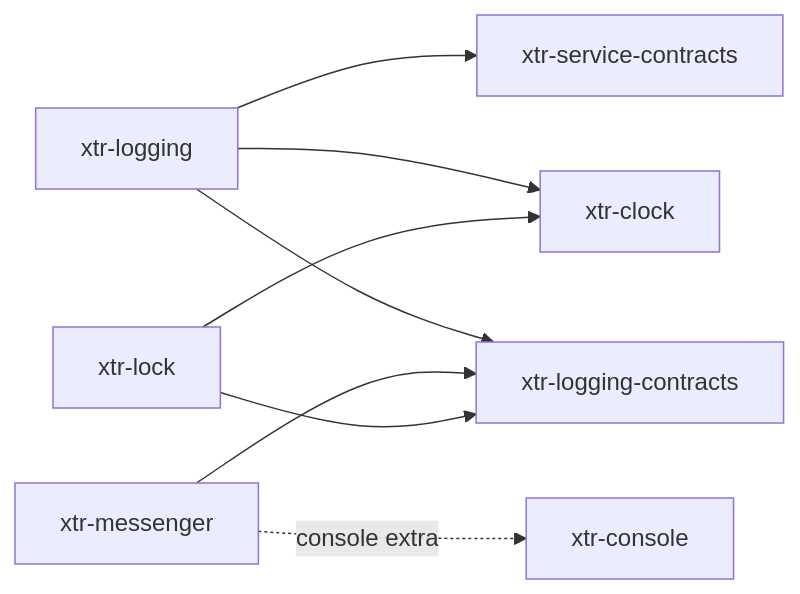
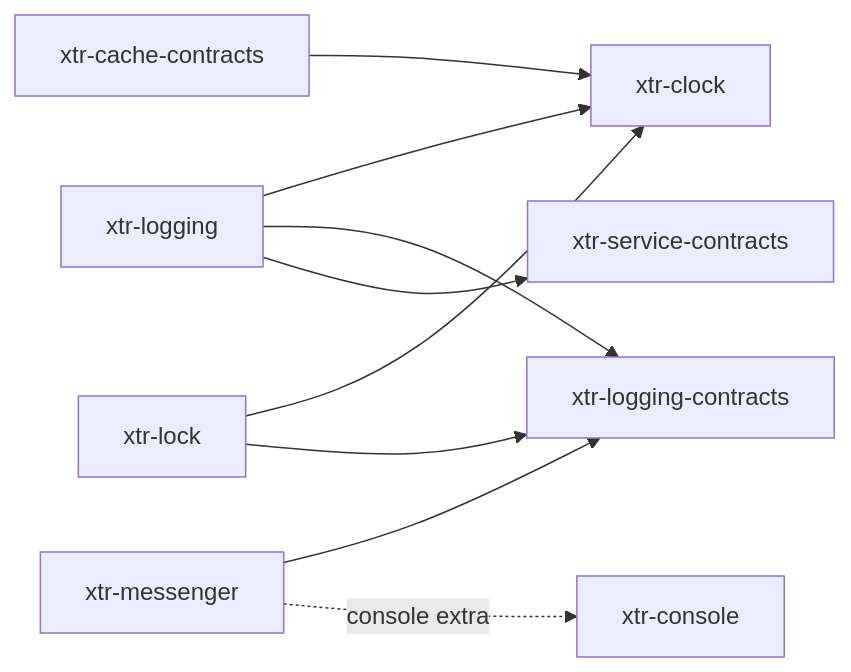
One commit to xterr/python-xtr changed the diagram in README.md. Above: the diagram before and after it, drawn with Mermaid. The commit also changed other lines of this file and 38 other files, not shown here.

Commit message:
feature: add xtr-cache-contracts with the cache, item pool, tag-aware and namespaced pool interfaces

````diff
--- a/README.md
+++ b/README.md
@@ -37,10 +38,11 @@
 ```mermaid
 graph LR
     logging[xtr-logging] --> clock[xtr-clock]
     logging --> logcon[xtr-logging-contracts]
     logging --> svccon[xtr-service-contracts]
     messenger[xtr-messenger] --> logcon
     lock[xtr-lock] --> clock
     lock --> logcon
+    cachecon[xtr-cache-contracts] --> clock
     messenger -. console extra .-> console[xtr-console]
 ```
````
